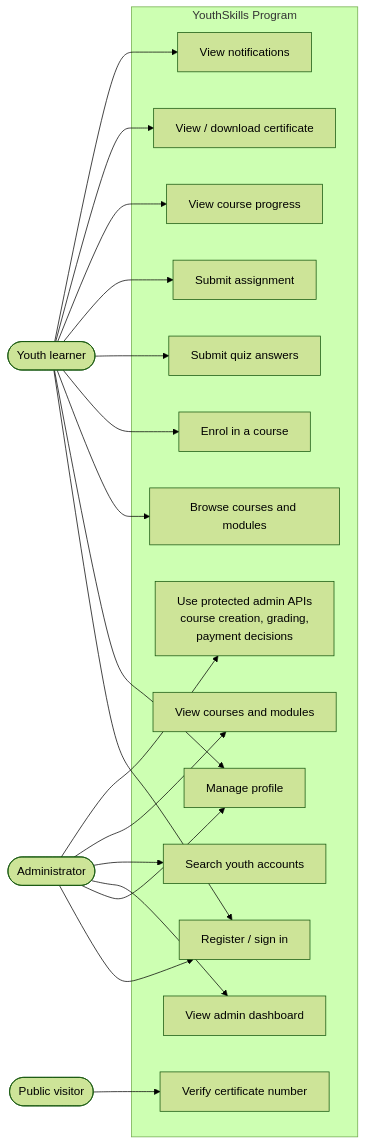
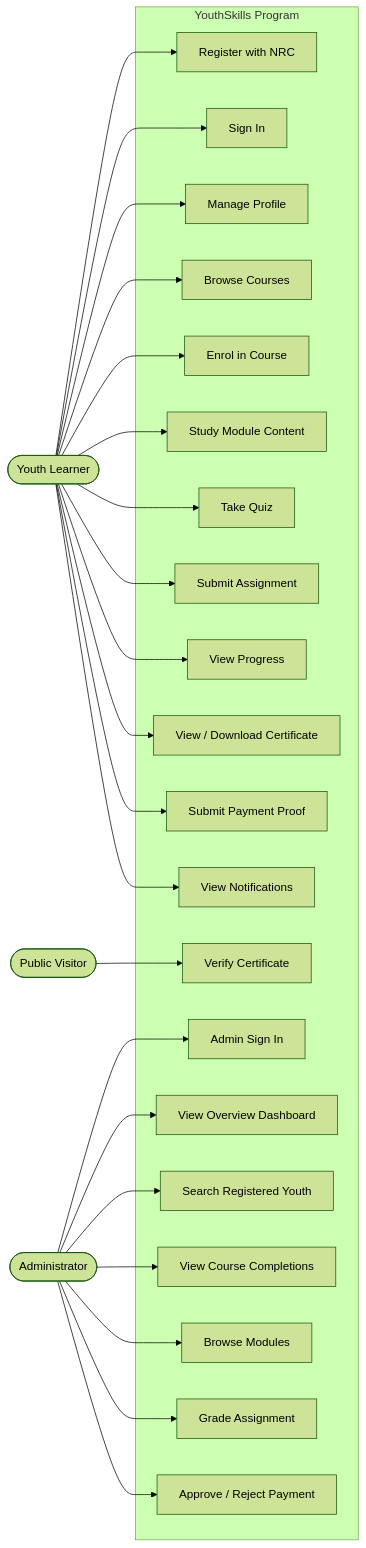
One commit to allandabalidabz-arch/Youth-skills-platform changed the second of 8 diagrams in docs/YouthSkills-Program-Diagrams.md. Above: the diagram before and after it, drawn with Mermaid (forest theme). The commit also changed other lines of this file and 3 other files, not shown here.

````diff
--- a/docs/YouthSkills-Program-Diagrams.md
+++ b/docs/YouthSkills-Program-Diagrams.md
@@ -30,40 +34,53 @@
 ```mermaid
 flowchart LR
-    Youth([Youth learner])
+    Youth([Youth Learner])
     Admin([Administrator])
-    Visitor([Public visitor])
+    Public([Public Visitor])
 
-    subgraph System["YouthSkills Program"]
-      Register["Register / sign in"]
-      Profile["Manage profile"]
-      Courses["Browse courses and modules"]
-      Enrol["Enrol in a course"]
-      Quiz["Submit quiz answers"]
-      Assignment["Submit assignment"]
-      Progress["View course progress"]
-      Certificate["View / download certificate"]
-      Notify["View notifications"]
-      Verify["Verify certificate number"]
-      AdminDash["View admin dashboard"]
-      UserList["Search youth accounts"]
-      ModuleList["View courses and modules"]
-      AdminAPI["Use protected admin APIs<br/>course creation, grading,<br/>payment decisions"]
+    subgraph Platform["YouthSkills Program"]
+      Reg["Register with NRC"]
+      Login["Sign In"]
+      Profile["Manage Profile"]
+      Browse["Browse Courses"]
+      Enrol["Enrol in Course"]
+      Study["Study Module Content"]
+      Quiz["Take Quiz"]
+      Assign["Submit Assignment"]
+      Progress["View Progress"]
+      Cert["View / Download Certificate"]
+      Pay["Submit Payment Proof"]
+      Notify["View Notifications"]
+      Verify["Verify Certificate"]
+
+      AdminLogin["Admin Sign In"]
+      Overview["View Overview Dashboard"]
+      YouthList["Search Registered Youth"]
+      Completions["View Course Completions"]
+      Modules["Browse Modules"]
+      Grade["Grade Assignment"]
+      ApprovePay["Approve / Reject Payment"]
     end
 
-    Youth --> Register
+    Youth --> Reg
+    Youth --> Login
     Youth --> Profile
-    Youth --> Courses
+    Youth --> Browse
     Youth --> Enrol
+    Youth --> Study
     Youth --> Quiz
-    Youth --> Assignment
+    Youth --> Assign
     Youth --> Progress
-    Youth --> Certificate
+    Youth --> Cert
+    Youth --> Pay
     Youth --> Notify
-    Visitor --> Verify
-    Admin --> Register
-    Admin --> Profile
-    Admin --> AdminDash
-    Admin --> UserList
-    Admin --> ModuleList
-    Admin --> AdminAPI
+
+    Public --> Verify
+
+    Admin --> AdminLogin
+    Admin --> Overview
+    Admin --> YouthList
+    Admin --> Completions
+    Admin --> Modules
+    Admin --> Grade
+    Admin --> ApprovePay
 ```
````
